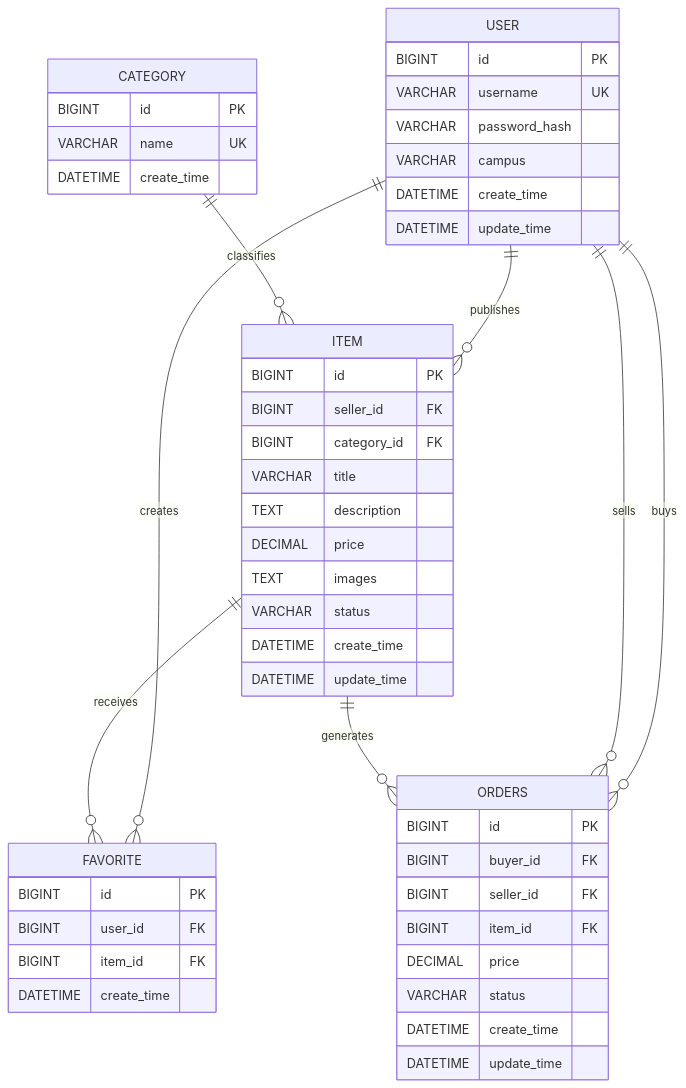
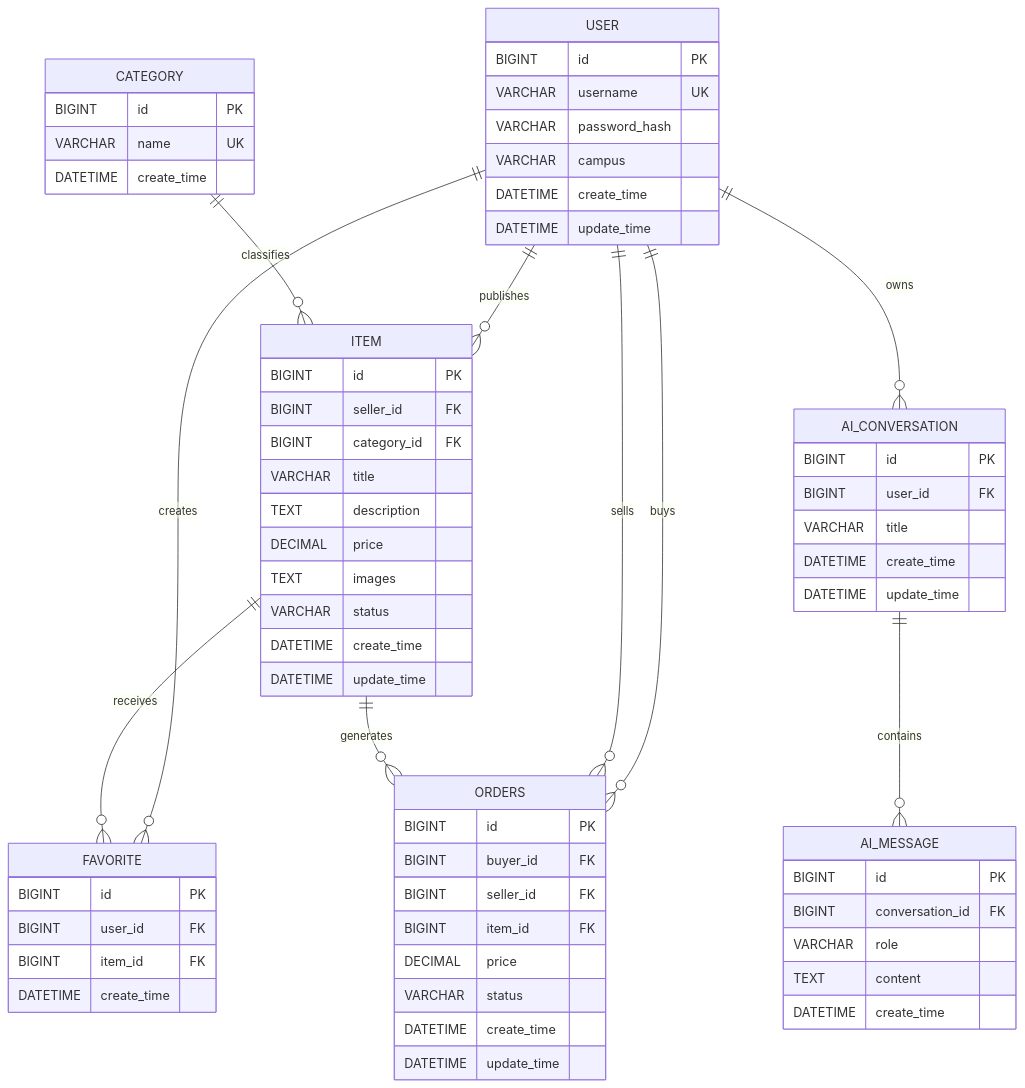
Before and after one commit to DoubleliuOne/campus-ai-market: the diagram in docs/er-diagram.md, drawn with Mermaid. The commit also changed other lines of this file and 77 other files, not shown here.

````diff
--- a/docs/er-diagram.md
+++ b/docs/er-diagram.md
@@ -3,56 +3,74 @@
 ```mermaid
 erDiagram
     USER ||--o{ ITEM : publishes
     USER ||--o{ FAVORITE : creates
     USER ||--o{ ORDERS : buys
     USER ||--o{ ORDERS : sells
+    USER ||--o{ AI_CONVERSATION : owns
     CATEGORY ||--o{ ITEM : classifies
     ITEM ||--o{ FAVORITE : receives
     ITEM ||--o{ ORDERS : generates
+    AI_CONVERSATION ||--o{ AI_MESSAGE : contains
 
     USER {
         BIGINT id PK
         VARCHAR username UK
         VARCHAR password_hash
         VARCHAR campus
         DATETIME create_time
         DATETIME update_time
     }
 
     CATEGORY {
         BIGINT id PK
         VARCHAR name UK
         DATETIME create_time
     }
 
     ITEM {
         BIGINT id PK
         BIGINT seller_id FK
         BIGINT category_id FK
         VARCHAR title
         TEXT description
         DECIMAL price
         TEXT images
         VARCHAR status
         DATETIME create_time
         DATETIME update_time
     }
 
     FAVORITE {
         BIGINT id PK
         BIGINT user_id FK
         BIGINT item_id FK
         DATETIME create_time
     }
 
     ORDERS {
         BIGINT id PK
         BIGINT buyer_id FK
         BIGINT seller_id FK
         BIGINT item_id FK
         DECIMAL price
         VARCHAR status
         DATETIME create_time
         DATETIME update_time
     }
+
+    AI_CONVERSATION {
+        BIGINT id PK
+        BIGINT user_id FK
+        VARCHAR title
+        DATETIME create_time
+        DATETIME update_time
+    }
+
+    AI_MESSAGE {
+        BIGINT id PK
+        BIGINT conversation_id FK
+        VARCHAR role
+        TEXT content
+        DATETIME create_time
+    }
 ```
````
